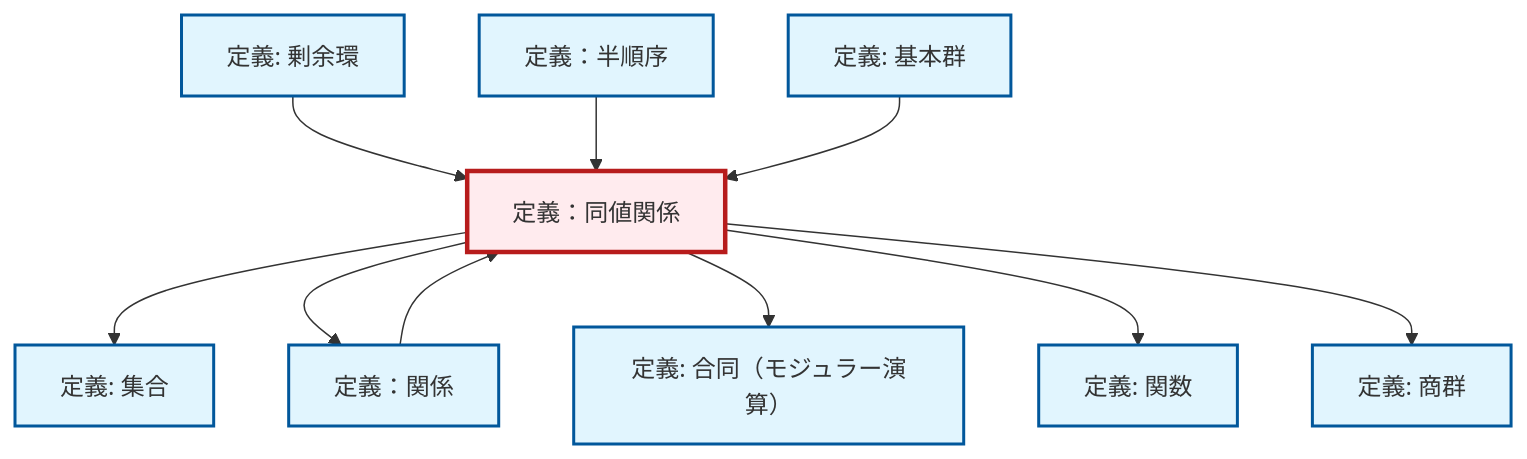
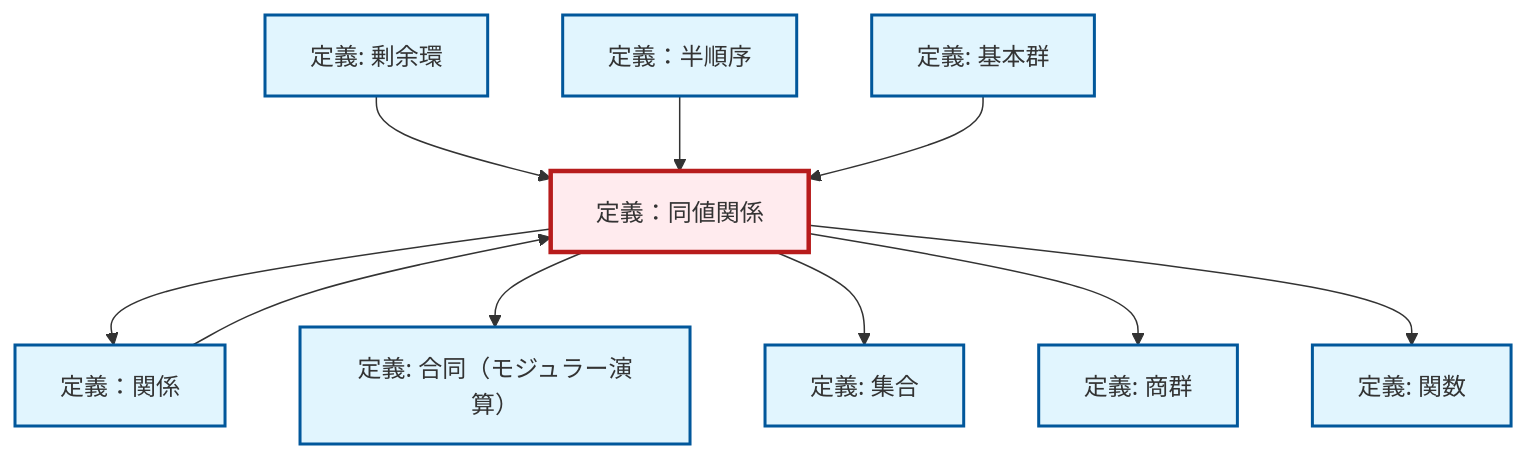
The diagram in content/ja/logic-set-theory/def-equivalence-relation.qmd (RK0429/ModernMath), drawn with Mermaid before and after one commit. The commit also changed 672 other files, not shown here.

````diff
--- a/content/ja/logic-set-theory/def-equivalence-relation.qmd
+++ b/content/ja/logic-set-theory/def-equivalence-relation.qmd
@@ -116,36 +116,36 @@
 ```{mermaid}
-%%| fig-cap: "Local dependency graph"
+%%| fig-cap: "ローカル依存関係グラフ"
 graph TD
     classDef definition fill:#e1f5fe,stroke:#01579b,stroke-width:2px
     classDef theorem fill:#f3e5f5,stroke:#4a148c,stroke-width:2px
     classDef axiom fill:#fff3e0,stroke:#e65100,stroke-width:2px
     classDef example fill:#e8f5e9,stroke:#1b5e20,stroke-width:2px
     classDef current fill:#ffebee,stroke:#b71c1c,stroke-width:3px
+    def-set["定義: 集合"]:::definition
+    def-partial-order["定義：半順序"]:::definition
+    def-quotient-group["定義: 商群"]:::definition
+    def-function["定義: 関数"]:::definition
     def-congruence["定義: 合同（モジュラー演算）"]:::definition
+    def-equivalence-relation["定義：同値関係"]:::definition
+    def-relation["定義：関係"]:::definition
     def-fundamental-group["定義: 基本群"]:::definition
-    def-partial-order["定義：半順序"]:::definition
-    def-set["定義: 集合"]:::definition
-    def-equivalence-relation["定義：同値関係"]:::definition
-    def-function["定義: 関数"]:::definition
     def-quotient-ring["定義: 剰余環"]:::definition
-    def-quotient-group["定義: 商群"]:::definition
-    def-relation["定義：関係"]:::definition
+    def-relation --> def-equivalence-relation
+    def-equivalence-relation --> def-relation
+    def-quotient-ring --> def-equivalence-relation
+    def-equivalence-relation --> def-congruence
     def-equivalence-relation --> def-set
-    def-equivalence-relation --> def-relation
-    def-equivalence-relation --> def-congruence
+    def-partial-order --> def-equivalence-relation
+    def-equivalence-relation --> def-quotient-group
+    def-fundamental-group --> def-equivalence-relation
     def-equivalence-relation --> def-function
-    def-quotient-ring --> def-equivalence-relation
-    def-partial-order --> def-equivalence-relation
-    def-fundamental-group --> def-equivalence-relation
-    def-relation --> def-equivalence-relation
-    def-equivalence-relation --> def-quotient-group
     class def-equivalence-relation current
+    click def-set "def-set.html" "集合の定義へ"
+    click def-partial-order "def-partial-order.html" "定義：半順序へ"
+    click def-quotient-group "def-quotient-group.html" "商群の定義へ"
+    click def-function "def-function.html" "関数の定義へ"
     click def-congruence "def-congruence.html" "合同（モジュラー演算）の定義へ"
+    click def-relation "def-relation.html" "定義：関係へ"
     click def-fundamental-group "def-fundamental-group.html" "基本群の定義へ"
-    click def-partial-order "def-partial-order.html" "定義：半順序へ"
-    click def-set "def-set.html" "集合の定義へ"
-    click def-function "def-function.html" "関数の定義へ"
     click def-quotient-ring "def-quotient-ring.html" "剰余環の定義へ"
-    click def-quotient-group "def-quotient-group.html" "商群の定義へ"
-    click def-relation "def-relation.html" "定義：関係へ"
 ```
````
